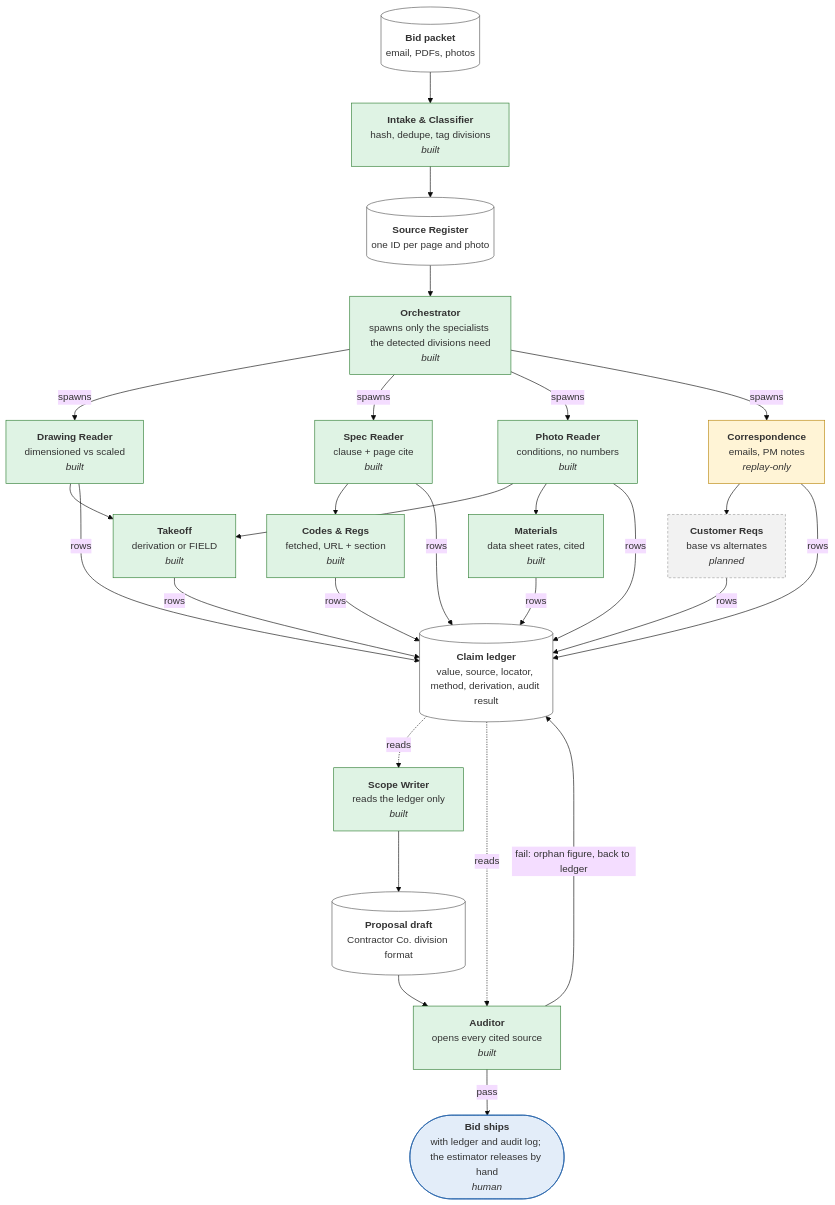
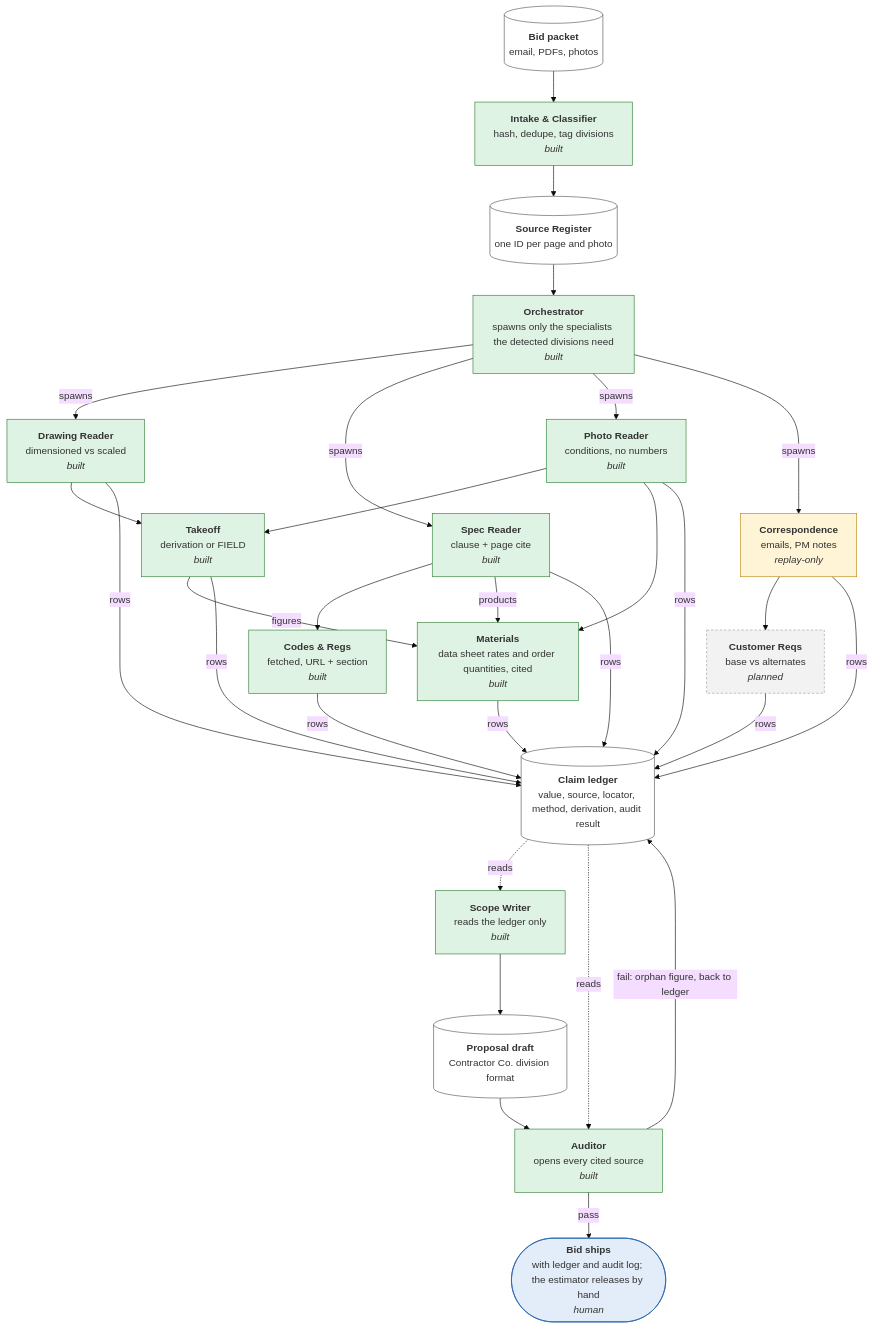
Before and after one commit to ScottyN000/ChrisBids: the diagram in docs/pipeline-dag.md, drawn with Mermaid (base theme). The commit also changed other lines of this file and 14 other files, not shown here.

````diff
--- a/docs/pipeline-dag.md
+++ b/docs/pipeline-dag.md
@@ -9,56 +9,58 @@
 ```mermaid
 flowchart TD
     packet[("<b>Bid packet</b><br/>email, PDFs, photos")]
     intake["<b>Intake & Classifier</b><br/>hash, dedupe, tag divisions<br/><i>built</i>"]
     register[("<b>Source Register</b><br/>one ID per page and photo")]
     orchestrator["<b>Orchestrator</b><br/>spawns only the specialists the detected divisions need<br/><i>built</i>"]
     drawing["<b>Drawing Reader</b><br/>dimensioned vs scaled<br/><i>built</i>"]
     spec["<b>Spec Reader</b><br/>clause + page cite<br/><i>built</i>"]
     photo["<b>Photo Reader</b><br/>conditions, no numbers<br/><i>built</i>"]
     correspondence["<b>Correspondence</b><br/>emails, PM notes<br/><i>replay-only</i>"]
     takeoff["<b>Takeoff</b><br/>derivation or FIELD<br/><i>built</i>"]
     codes["<b>Codes & Regs</b><br/>fetched, URL + section<br/><i>built</i>"]
-    materials["<b>Materials</b><br/>data sheet rates, cited<br/><i>built</i>"]
+    materials["<b>Materials</b><br/>data sheet rates and order quantities, cited<br/><i>built</i>"]
     customer["<b>Customer Reqs</b><br/>base vs alternates<br/><i>planned</i>"]
     ledger[("<b>Claim ledger</b><br/>value, source, locator, method, derivation, audit result")]
     scope_writer["<b>Scope Writer</b><br/>reads the ledger only<br/><i>built</i>"]
     draft[("<b>Proposal draft</b><br/>Contractor Co. division format")]
     auditor["<b>Auditor</b><br/>opens every cited source<br/><i>built</i>"]
     ships(["<b>Bid ships</b><br/>with ledger and audit log; the estimator releases by hand<br/><i>human</i>"])
     packet --> intake
     intake --> register
     register --> orchestrator
     orchestrator -->|spawns| drawing
     orchestrator -->|spawns| spec
     orchestrator -->|spawns| photo
     orchestrator -->|spawns| correspondence
     drawing --> takeoff
     photo --> takeoff
     spec --> codes
     photo --> materials
+    spec -->|products| materials
+    takeoff -->|figures| materials
     correspondence --> customer
     drawing -->|rows| ledger
     spec -->|rows| ledger
     photo -->|rows| ledger
     correspondence -->|rows| ledger
     takeoff -->|rows| ledger
     codes -->|rows| ledger
     materials -->|rows| ledger
     customer -->|rows| ledger
     ledger -.->|reads| scope_writer
     scope_writer --> draft
     draft --> auditor
     ledger -.->|reads| auditor
     auditor -->|fail: orphan figure, back to ledger| ledger
     auditor -->|pass| ships
     classDef built fill:#dff3e4,stroke:#2e7d32
     classDef replay fill:#fff4d6,stroke:#b8860b
     classDef planned fill:#f2f2f2,stroke:#9e9e9e,stroke-dasharray: 4 3
     classDef human fill:#e3edf9,stroke:#1f5fa8
     classDef data fill:#ffffff,stroke:#555
     class intake,orchestrator,drawing,spec,photo,takeoff,codes,materials,scope_writer,auditor built
     class correspondence replay
     class customer planned
     class ships human
     class packet,register,ledger,draft data
 ```
````
